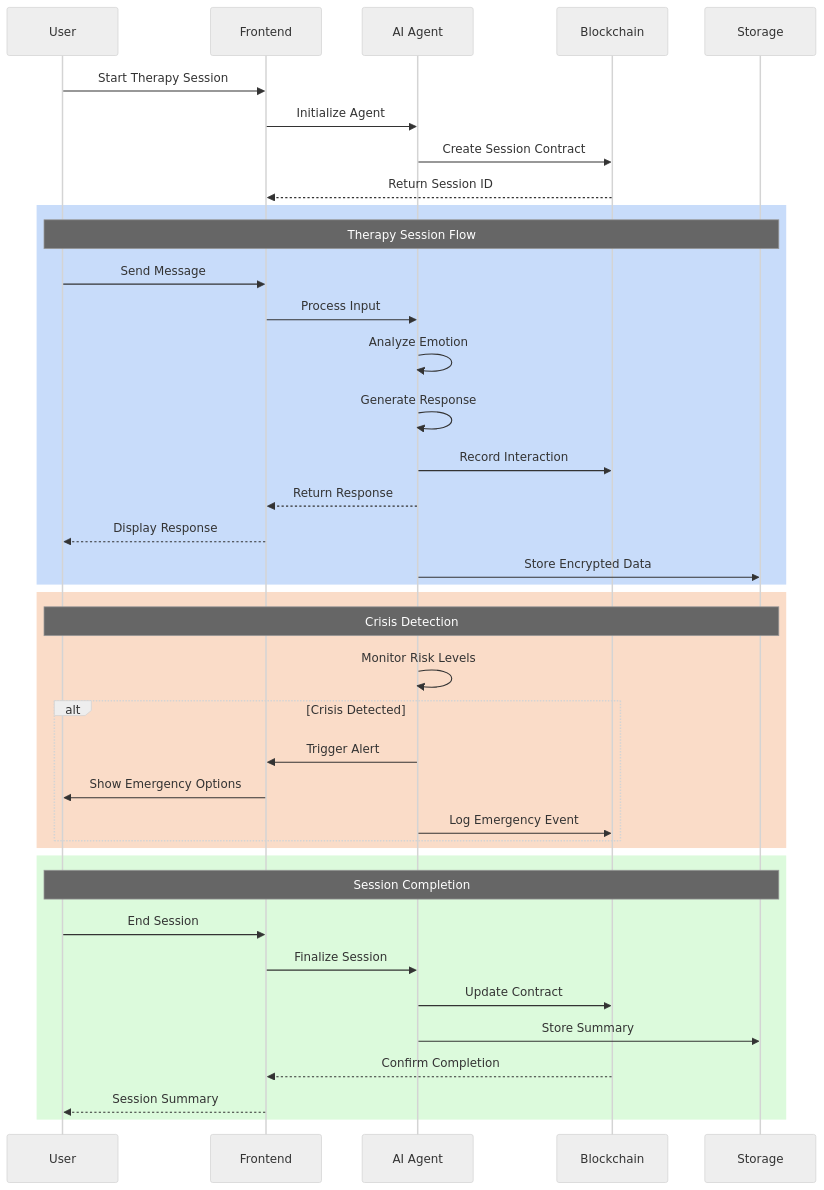
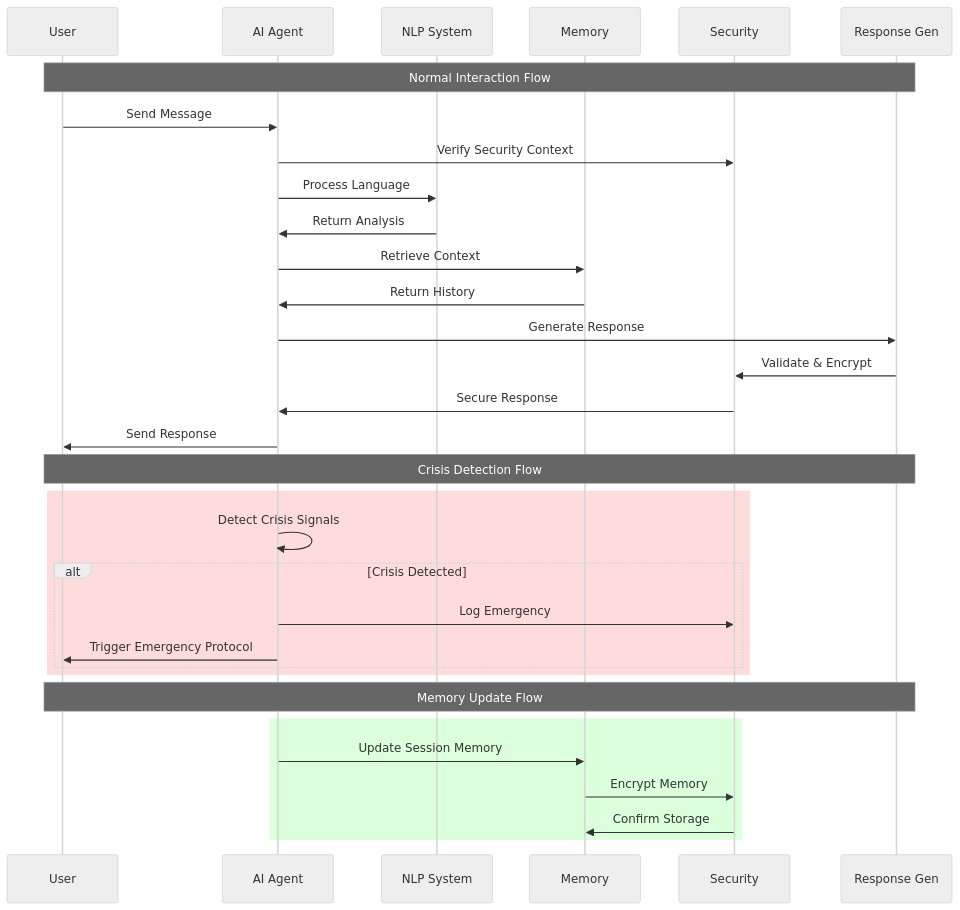
One commit to blocklinklabs/aura3.0 changed the third of 3 diagrams in README.md. Above: the diagram before and after it, drawn with Mermaid (neutral theme). The commit also changed other lines of this file, not shown here.

Commit message:
feat: Improve architecture documentation

````diff
--- a/README.md
+++ b/README.md
@@ -409,45 +430,37 @@
 ```mermaid
 sequenceDiagram
     participant U as User
-    participant F as Frontend
     participant A as AI Agent
-    participant B as Blockchain
-    participant S as Storage
+    participant N as NLP System
+    participant M as Memory
+    participant S as Security
+    participant R as Response Gen
 
-    U->>F: Start Therapy Session
-    F->>A: Initialize Agent
-    A->>B: Create Session Contract
-    B-->>F: Return Session ID
+    Note over U,R: Normal Interaction Flow
+    U->>A: Send Message
+    A->>S: Verify Security Context
+    A->>N: Process Language
+    N->>A: Return Analysis
+    A->>M: Retrieve Context
+    M->>A: Return History
+    A->>R: Generate Response
+    R->>S: Validate & Encrypt
+    S->>A: Secure Response
+    A->>U: Send Response
 
-    rect rgb(200, 220, 250)
-        Note over U,S: Therapy Session Flow
-        U->>F: Send Message
-        F->>A: Process Input
-        A->>A: Analyze Emotion
-        A->>A: Generate Response
-        A->>B: Record Interaction
-        A-->>F: Return Response
-        F-->>U: Display Response
-        A->>S: Store Encrypted Data
-    end
-
-    rect rgb(250, 220, 200)
-        Note over U,S: Crisis Detection
-        A->>A: Monitor Risk Levels
+    Note over U,R: Crisis Detection Flow
+    rect rgb(255, 220, 220)
+        A->>A: Detect Crisis Signals
         alt Crisis Detected
-            A->>F: Trigger Alert
-            F->>U: Show Emergency Options
-            A->>B: Log Emergency Event
+            A->>S: Log Emergency
+            A->>U: Trigger Emergency Protocol
         end
     end
 
-    rect rgb(220, 250, 220)
-        Note over U,S: Session Completion
-        U->>F: End Session
-        F->>A: Finalize Session
-        A->>B: Update Contract
-        A->>S: Store Summary
-        B-->>F: Confirm Completion
-        F-->>U: Session Summary
+    Note over U,R: Memory Update Flow
+    rect rgb(220, 255, 220)
+        A->>M: Update Session Memory
+        M->>S: Encrypt Memory
+        S->>M: Confirm Storage
     end
 ```
````
